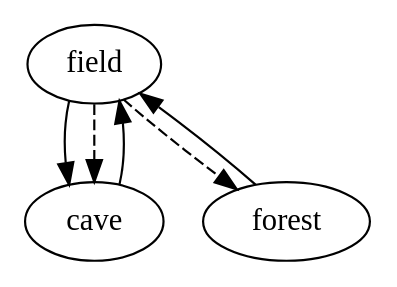
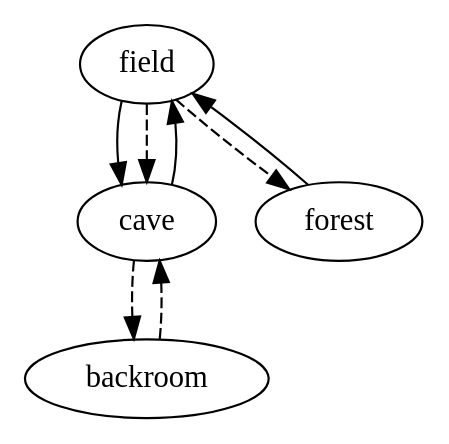
One commit to Dev-10sky/My-C-Practice-Files changed the diagram in HeldermanAdventure/dot_files/map.gv. Above: the diagram before and after it, drawn with Graphviz. The commit also changed 14 other files, not shown here.

Commit message:
Added Helderman Ch 12 and backroom in cave and opening and closing features

```diff
--- a/HeldermanAdventure/dot_files/map.gv
+++ b/HeldermanAdventure/dot_files/map.gv
@@ -1,7 +1,9 @@
 digraph map {
 	field -> cave
 	field -> cave [style=dashed]
 	cave -> field
 	field -> forest [style=dashed]
 	forest -> field
+	cave -> backroom [style=dashed]
+	backroom -> cave [style=dashed]
 }
```
